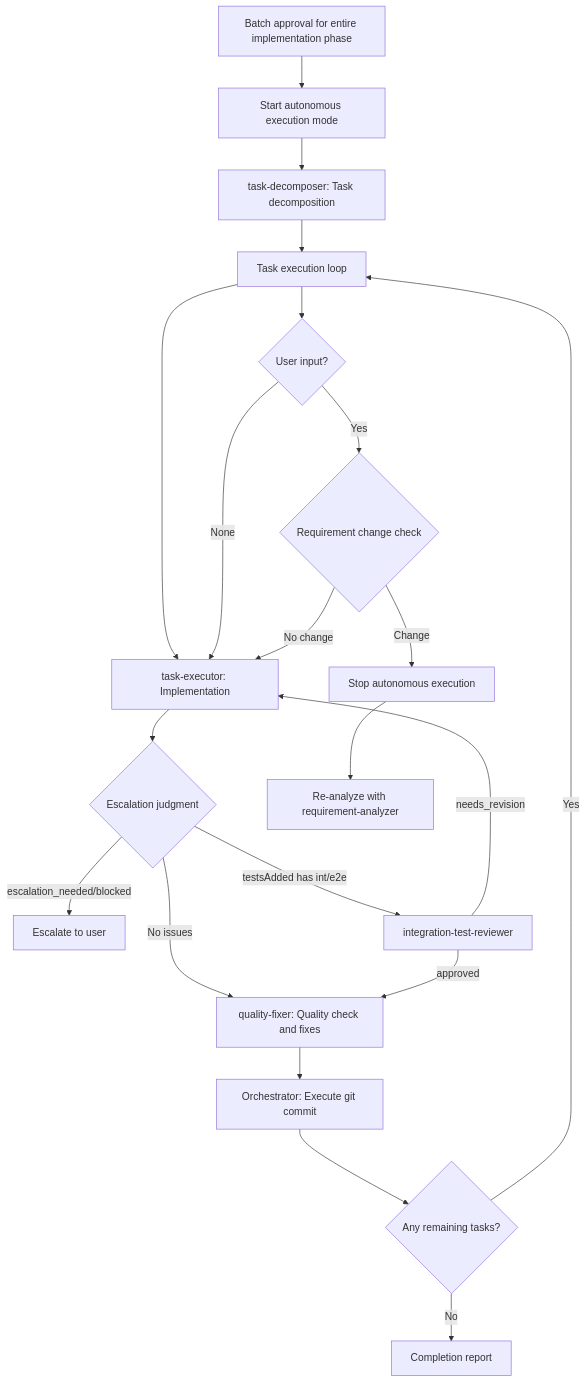
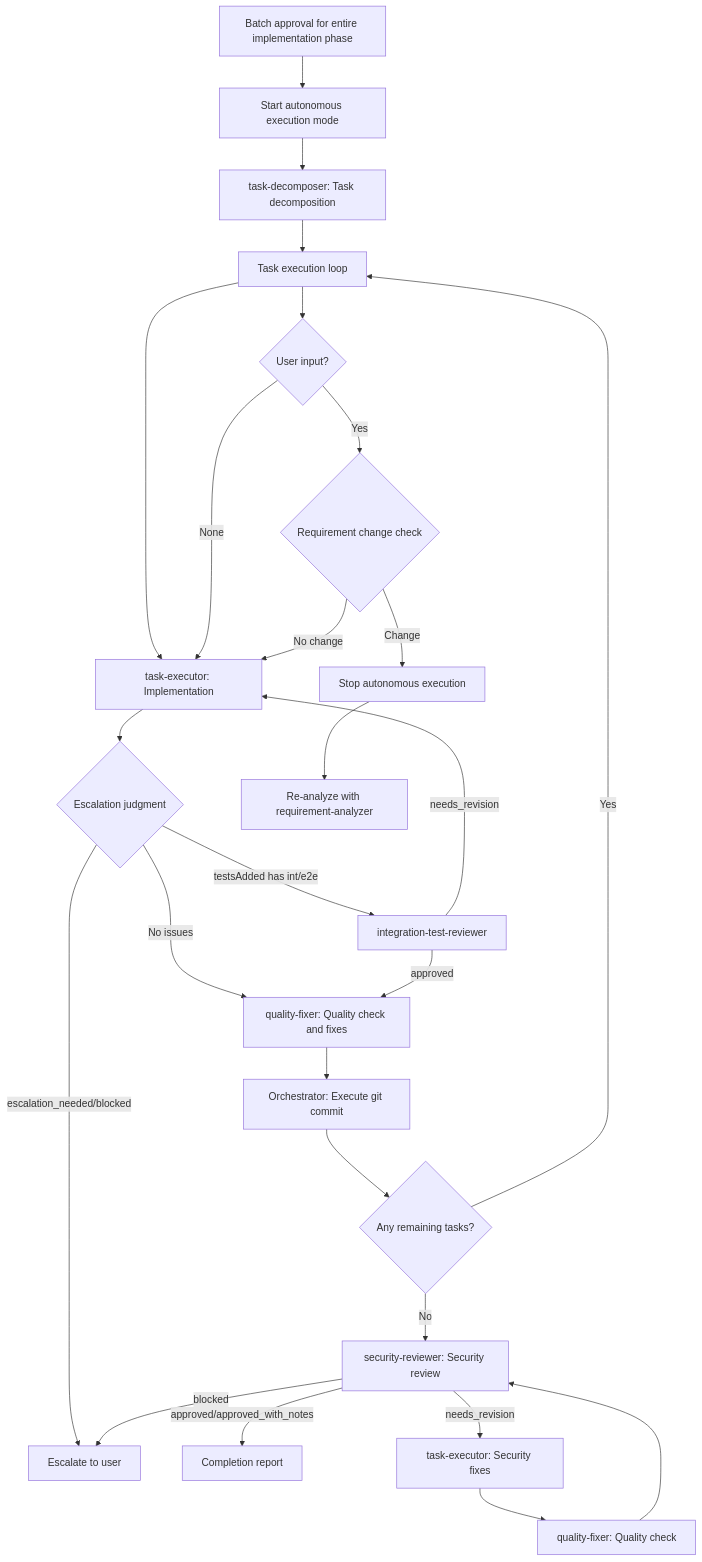
Before and after one commit to jcchikikomori/my-claude-code-workflows: the second of 2 diagrams in skills/subagents-orchestration-guide/SKILL.md, drawn with Mermaid. The commit also changed other lines of this file and 19 other files, not shown here.

First line of the commit message:
feat: add security-reviewer agent and integrate security checks into workflow

````diff
--- a/skills/subagents-orchestration-guide/SKILL.md
+++ b/skills/subagents-orchestration-guide/SKILL.md
@@ -252,24 +254,29 @@
 ```mermaid
 graph TD
     START[Batch approval for entire implementation phase] --> AUTO[Start autonomous execution mode]
     AUTO --> TD[task-decomposer: Task decomposition]
     TD --> LOOP[Task execution loop]
     LOOP --> TE[task-executor: Implementation]
     TE --> ESCJUDGE{Escalation judgment}
     ESCJUDGE -->|escalation_needed/blocked| USERESC[Escalate to user]
     ESCJUDGE -->|testsAdded has int/e2e| ITR[integration-test-reviewer]
     ESCJUDGE -->|No issues| QF
     ITR -->|needs_revision| TE
     ITR -->|approved| QF
     QF[quality-fixer: Quality check and fixes] --> COMMIT[Orchestrator: Execute git commit]
     COMMIT --> CHECK{Any remaining tasks?}
     CHECK -->|Yes| LOOP
-    CHECK -->|No| REPORT[Completion report]
+    CHECK -->|No| SEC[security-reviewer: Security review]
+    SEC -->|approved/approved_with_notes| REPORT[Completion report]
+    SEC -->|needs_revision| SECFIX[task-executor: Security fixes]
+    SECFIX --> QF2[quality-fixer: Quality check]
+    QF2 --> SEC
+    SEC -->|blocked| USERESC
 
     LOOP --> INTERRUPT{User input?}
     INTERRUPT -->|None| TE
     INTERRUPT -->|Yes| REQCHECK{Requirement change check}
     REQCHECK -->|No change| TE
     REQCHECK -->|Change| STOP[Stop autonomous execution]
     STOP --> RA[Re-analyze with requirement-analyzer]
 ```
````
